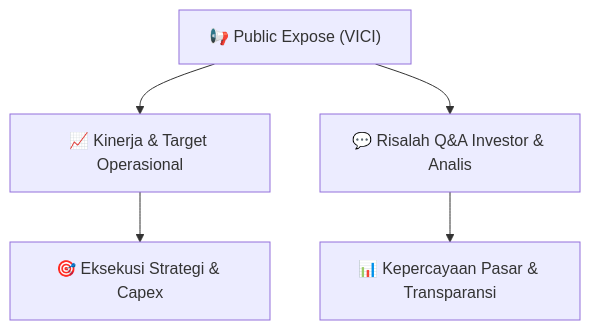
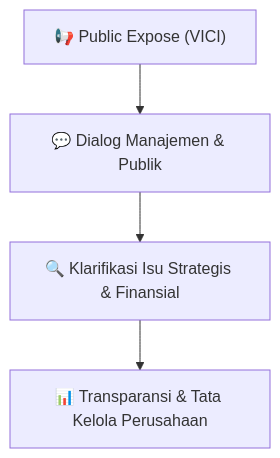
The diagram in Finplan_analyst/knowledge-base/public-exposes/hasil-pubex/VICI_Public_Expose_20260921.md (anYoneo/alphadigest-idx), drawn with Mermaid before and after one commit. The commit also changed other lines of this file and 526 other files, not shown here.

````diff
--- a/Finplan_analyst/knowledge-base/public-exposes/hasil-pubex/VICI_Public_Expose_20260921.md
+++ b/Finplan_analyst/knowledge-base/public-exposes/hasil-pubex/VICI_Public_Expose_20260921.md
@@ -15,7 +30,6 @@
 ```mermaid
 flowchart TD
-    A["📢 Public Expose (VICI)"] --> B["📈 Kinerja & Target Operasional"]
-    A --> C["💬 Risalah Q&A Investor & Analis"]
-    B --> D["🎯 Eksekusi Strategi & Capex"]
-    C --> E["📊 Kepercayaan Pasar & Transparansi"]
+    A["📢 Public Expose (VICI)"] --> B["💬 Dialog Manajemen & Publik"]
+    B --> C["🔍 Klarifikasi Isu Strategis & Finansial"]
+    C --> D["📊 Transparansi & Tata Kelola Perusahaan"]
 ```
````
